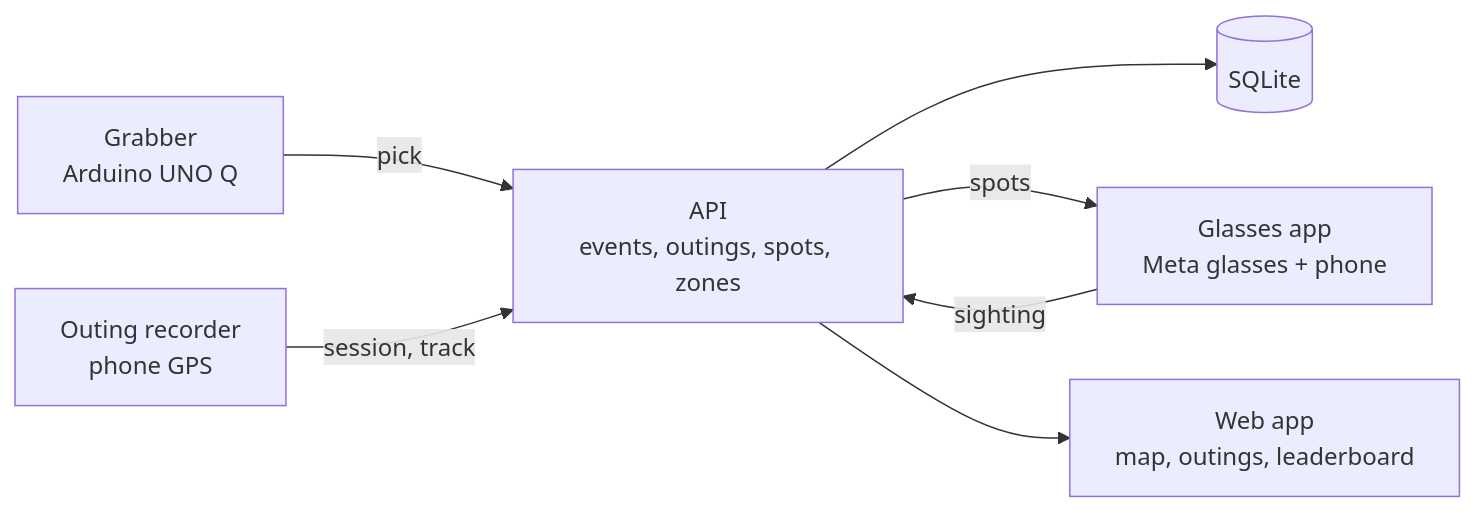
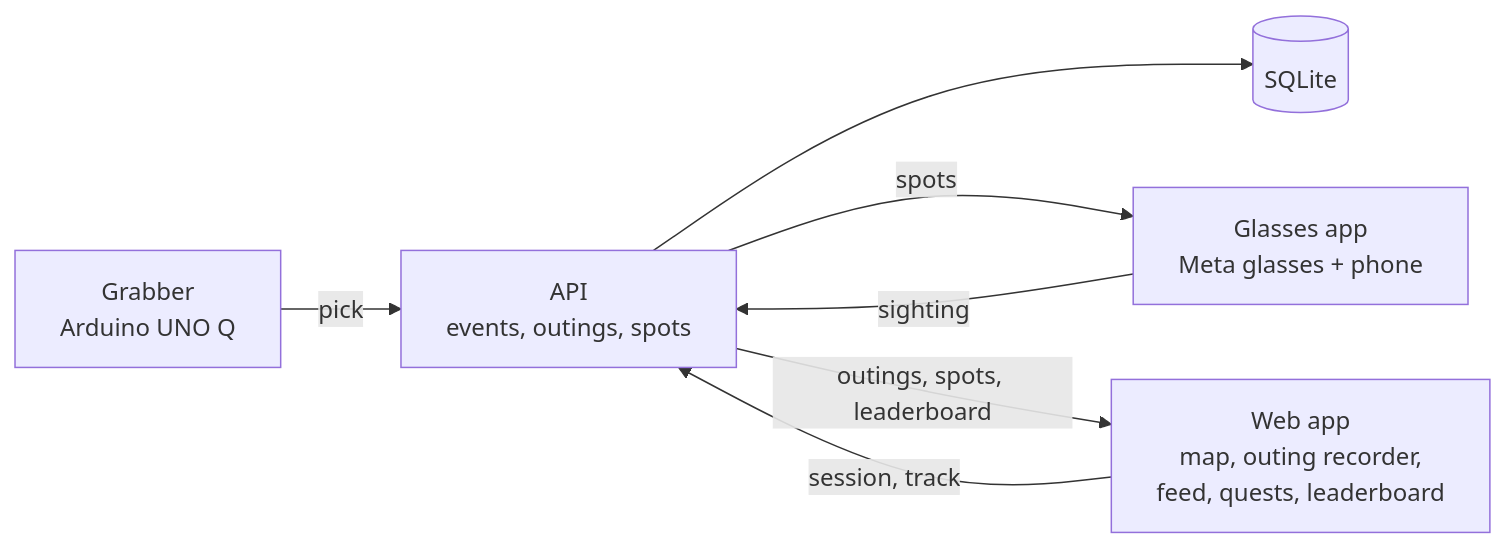
One commit to alexGitSpace/plogging changed the diagram in ARCHITECTURE.md. Above: the diagram before and after it, drawn with Mermaid. The commit also changed other lines of this file, not shown here.

First line of the commit message:
Bring the architecture overview up to date before the submission

````diff
--- a/ARCHITECTURE.md
+++ b/ARCHITECTURE.md
@@ -5,9 +5,9 @@
 ```mermaid
 flowchart LR
   grabber[Grabber<br/>Arduino UNO Q] -- pick --> api
   glasses[Glasses app<br/>Meta glasses + phone] -- sighting --> api
-  recorder[Outing recorder<br/>phone GPS] -- session, track --> api
-  api[API<br/>events, outings, spots, zones] --> db[(SQLite)]
+  web[Web app<br/>map, outing recorder,<br/>feed, quests, leaderboard] -- session, track --> api
+  api[API<br/>events, outings, spots] --> db[(SQLite)]
   api -- spots --> glasses
-  api --> web[Web app<br/>map, outings, leaderboard]
+  api -- outings, spots, leaderboard --> web
 ```
````
